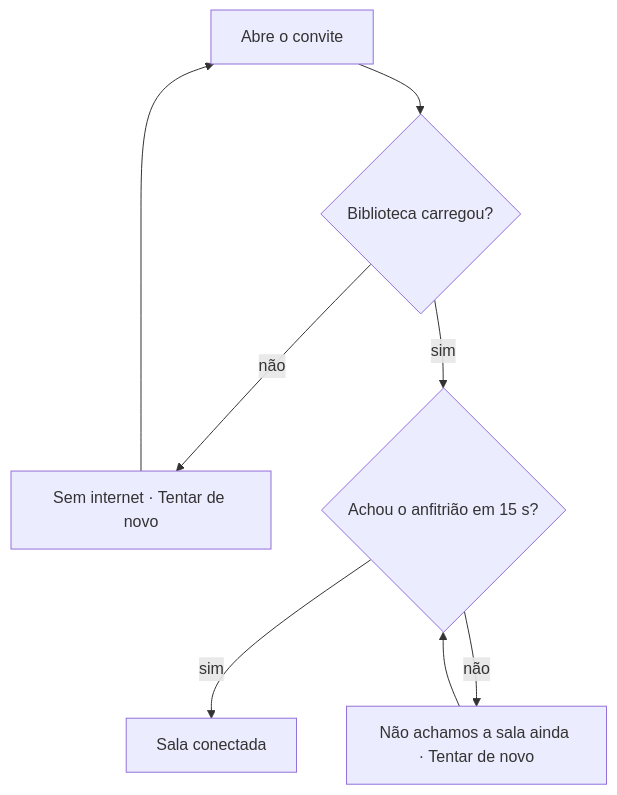
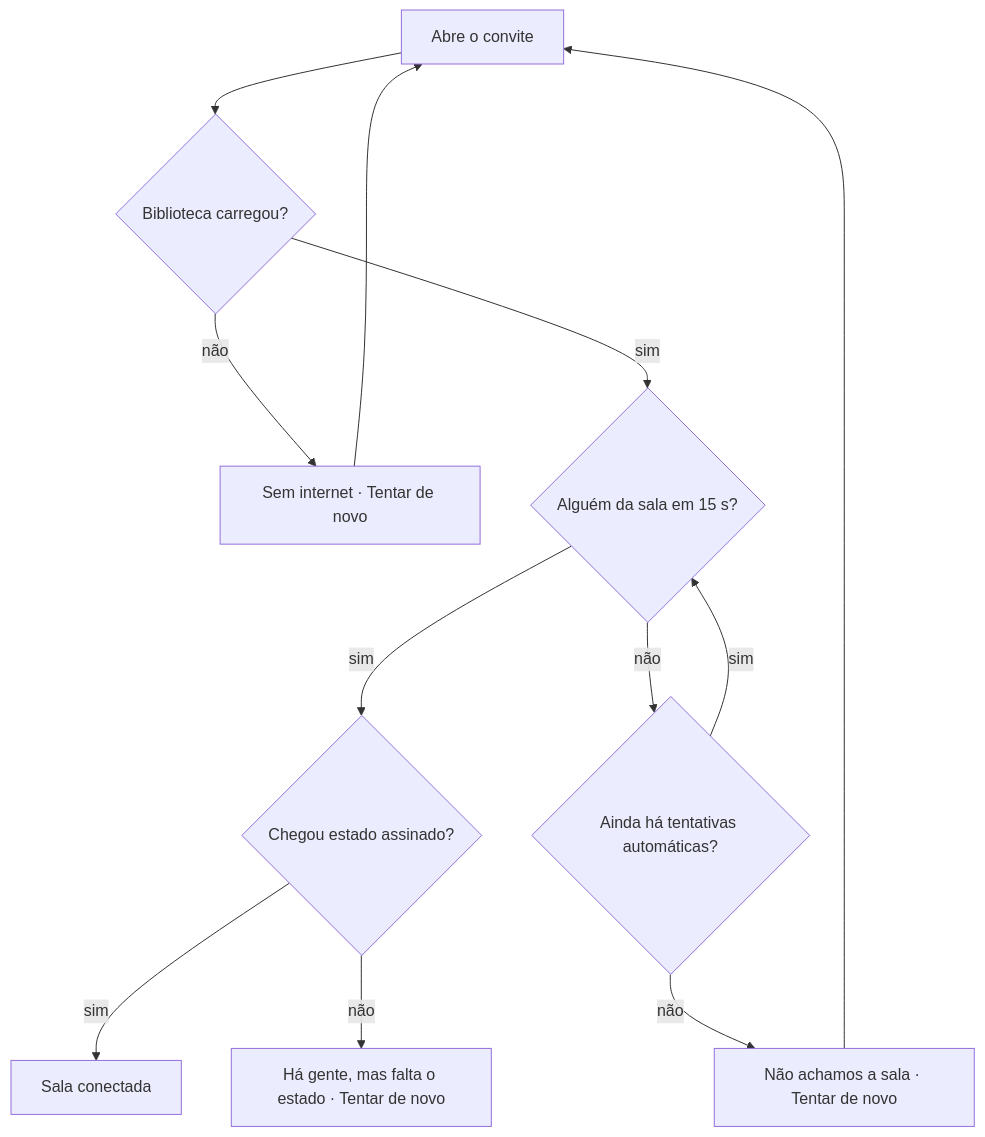
One commit to sschonss/ito changed diagram 15 of 16 in docs/p2p.md. Above: the diagram before and after it, drawn with Mermaid. The commit also changed other lines of this file and 14 other files, not shown here.

First line of the commit message:
Malha P2P (v2.3.0): estado assinado e ações passam por quem está no meio.

````diff
--- a/docs/p2p.md
+++ b/docs/p2p.md
@@ -400,10 +433,14 @@
 ```mermaid
 flowchart TD
   OPEN["Abre o convite"] --> LOAD{"Biblioteca carregou?"}
   LOAD -- não --> NOINT["Sem internet · Tentar de novo"]
-  LOAD -- sim --> FIND{"Achou o anfitrião em 15 s?"}
-  FIND -- sim --> ONLINE["Sala conectada"]
-  FIND -- não --> NOTFOUND["Não achamos a sala ainda · Tentar de novo"]
+  LOAD -- sim --> FIND{"Alguém da sala em 15 s?"}
+  FIND -- sim --> ST{"Chegou estado assinado?"}
+  ST -- sim --> ONLINE["Sala conectada"]
+  ST -- não --> WAIT["Há gente, mas falta o estado · Tentar de novo"]
+  FIND -- não --> AGAIN{"Ainda há tentativas automáticas?"}
+  AGAIN -- sim --> FIND
+  AGAIN -- não --> NOTFOUND["Não achamos a sala · Tentar de novo"]
   NOINT --> OPEN
-  NOTFOUND --> FIND
+  NOTFOUND --> OPEN
 ```
````
